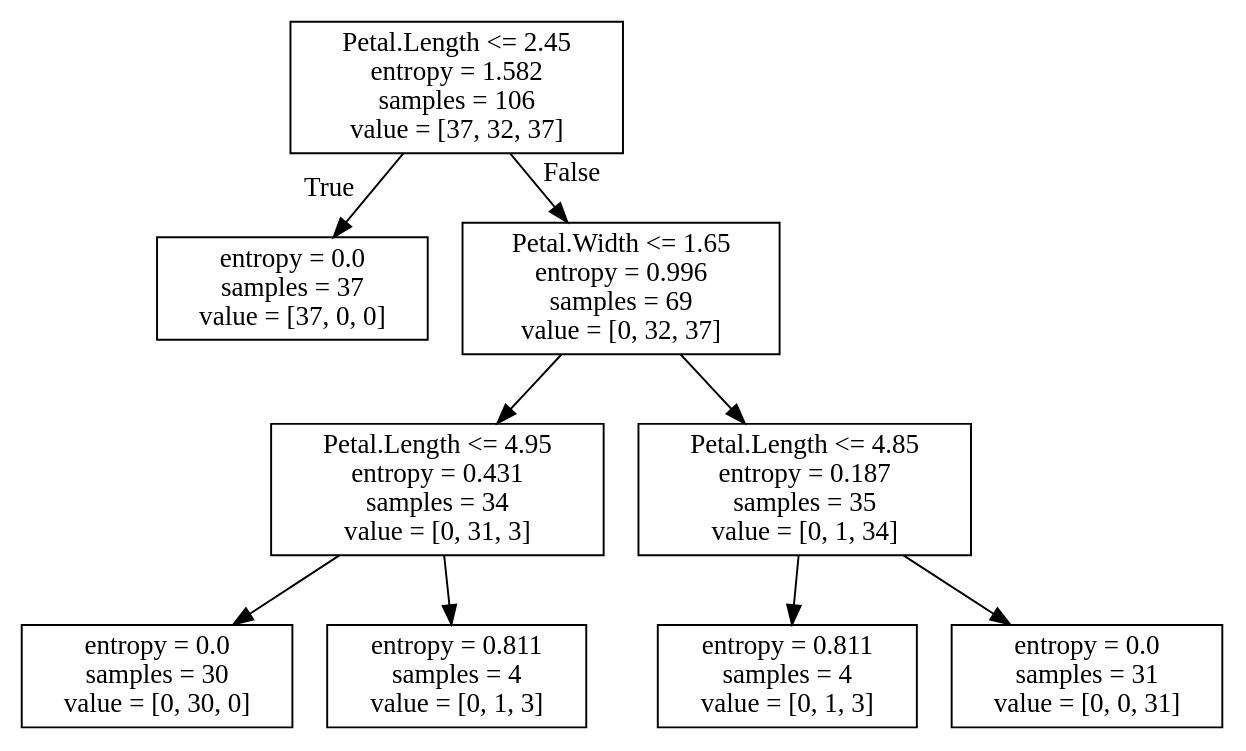
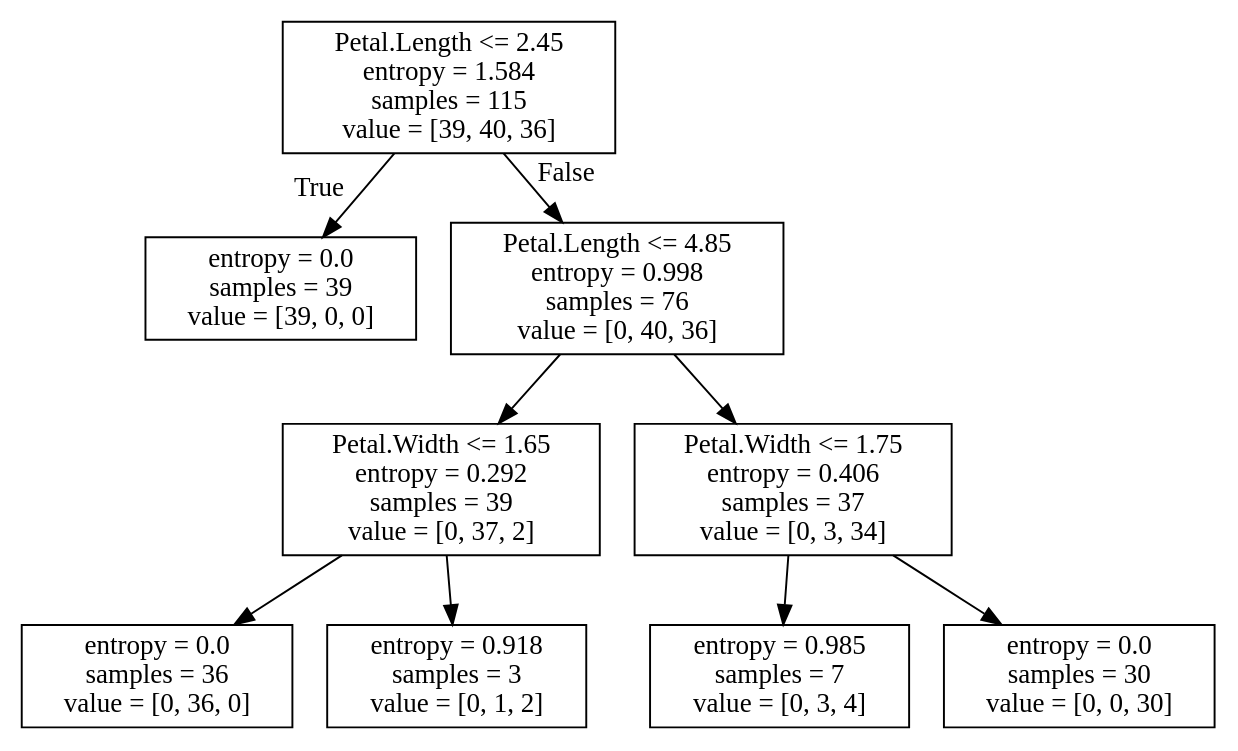
The diagram in iris-dtree.dot (devJCM/ML-devJCM), drawn with Graphviz before and after one commit. The commit also changed 9 other files, not shown here.

```diff
--- a/iris-dtree.dot
+++ b/iris-dtree.dot
@@ -1,20 +1,20 @@
 digraph Tree {
 node [shape=box] ;
-0 [label="Petal.Length <= 2.45\nentropy = 1.582\nsamples = 106\nvalue = [37, 32, 37]"] ;
-1 [label="entropy = 0.0\nsamples = 37\nvalue = [37, 0, 0]"] ;
+0 [label="Petal.Length <= 2.45\nentropy = 1.584\nsamples = 115\nvalue = [39, 40, 36]"] ;
+1 [label="entropy = 0.0\nsamples = 39\nvalue = [39, 0, 0]"] ;
 0 -> 1 [labeldistance=2.5, labelangle=45, headlabel="True"] ;
-2 [label="Petal.Width <= 1.65\nentropy = 0.996\nsamples = 69\nvalue = [0, 32, 37]"] ;
+2 [label="Petal.Length <= 4.85\nentropy = 0.998\nsamples = 76\nvalue = [0, 40, 36]"] ;
 0 -> 2 [labeldistance=2.5, labelangle=-45, headlabel="False"] ;
-3 [label="Petal.Length <= 4.95\nentropy = 0.431\nsamples = 34\nvalue = [0, 31, 3]"] ;
+3 [label="Petal.Width <= 1.65\nentropy = 0.292\nsamples = 39\nvalue = [0, 37, 2]"] ;
 2 -> 3 ;
-4 [label="entropy = 0.0\nsamples = 30\nvalue = [0, 30, 0]"] ;
+4 [label="entropy = 0.0\nsamples = 36\nvalue = [0, 36, 0]"] ;
 3 -> 4 ;
-5 [label="entropy = 0.811\nsamples = 4\nvalue = [0, 1, 3]"] ;
+5 [label="entropy = 0.918\nsamples = 3\nvalue = [0, 1, 2]"] ;
 3 -> 5 ;
-6 [label="Petal.Length <= 4.85\nentropy = 0.187\nsamples = 35\nvalue = [0, 1, 34]"] ;
+6 [label="Petal.Width <= 1.75\nentropy = 0.406\nsamples = 37\nvalue = [0, 3, 34]"] ;
 2 -> 6 ;
-7 [label="entropy = 0.811\nsamples = 4\nvalue = [0, 1, 3]"] ;
+7 [label="entropy = 0.985\nsamples = 7\nvalue = [0, 3, 4]"] ;
 6 -> 7 ;
-8 [label="entropy = 0.0\nsamples = 31\nvalue = [0, 0, 31]"] ;
+8 [label="entropy = 0.0\nsamples = 30\nvalue = [0, 0, 30]"] ;
 6 -> 8 ;
 }
```
